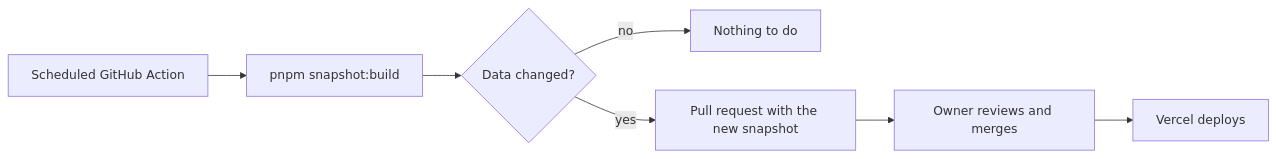
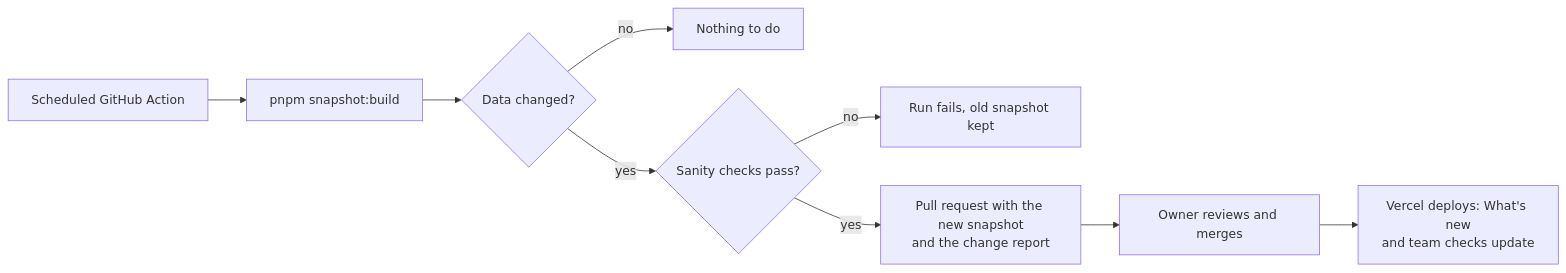
The second of 2 diagrams in README.md (caio2203/vgc-helper), drawn with Mermaid before and after one commit. The commit also changed other lines of this file and 2 other files, not shown here.

Commit message:
docs: describe the change history, What's new and team checks

````diff
--- a/README.md
+++ b/README.md
@@ -143,9 +152,11 @@
 ```mermaid
 flowchart LR
   A[Scheduled GitHub Action] --> B[pnpm snapshot:build]
   B --> C{Data changed?}
   C -- no --> D[Nothing to do]
-  C -- yes --> E[Pull request with the new snapshot]
+  C -- yes --> H{Sanity checks pass?}
+  H -- no --> I[Run fails, old snapshot kept]
+  H -- yes --> E[Pull request with the new snapshot<br/>and the change report]
   E --> F[Owner reviews and merges]
-  F --> G[Vercel deploys]
+  F --> G[Vercel deploys: What's new<br/>and team checks update]
 ```
````
